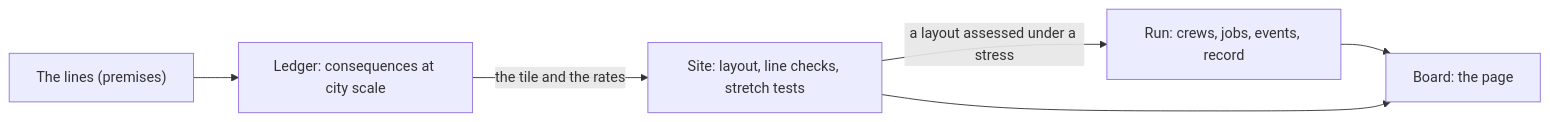
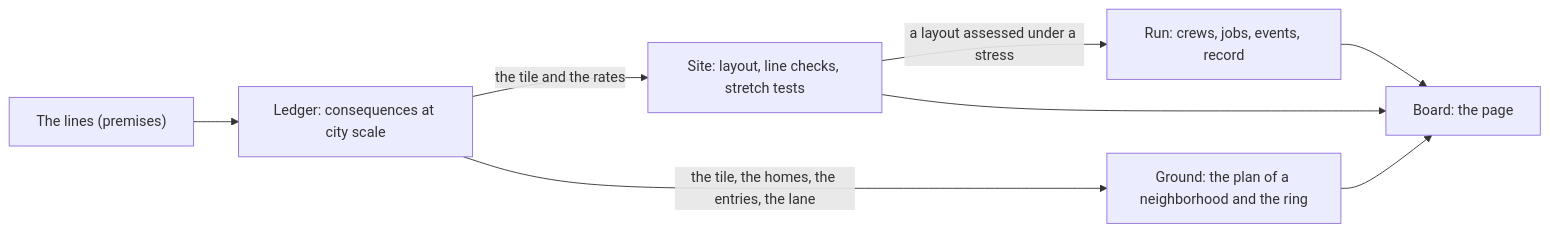
The diagram in docs/domain/README.md (ChicagoDave/periopolis), drawn with Mermaid before and after one commit. The commit also changed other lines of this file and 14 other files, not shown here.

First line of the commit message:
feat(ground): Phase 1 — @city/ground plans a neighborhood from the Ledger

````diff
--- a/docs/domain/README.md
+++ b/docs/domain/README.md
@@ -15,8 +16,10 @@
 ```mermaid
 flowchart LR
   Lines["The lines (premises)"] --> Ledger
   Ledger["Ledger: consequences at city scale"] -->|"the tile and the rates"| Site
   Site["Site: layout, line checks, stretch tests"] -->|"a layout assessed under a stress"| Run
   Run["Run: crews, jobs, events, record"] --> Board
   Site --> Board["Board: the page"]
+  Ledger -->|"the tile, the homes, the entries, the lane"| Ground
+  Ground["Ground: the plan of a neighborhood and the ring"] --> Board
 ```
````
